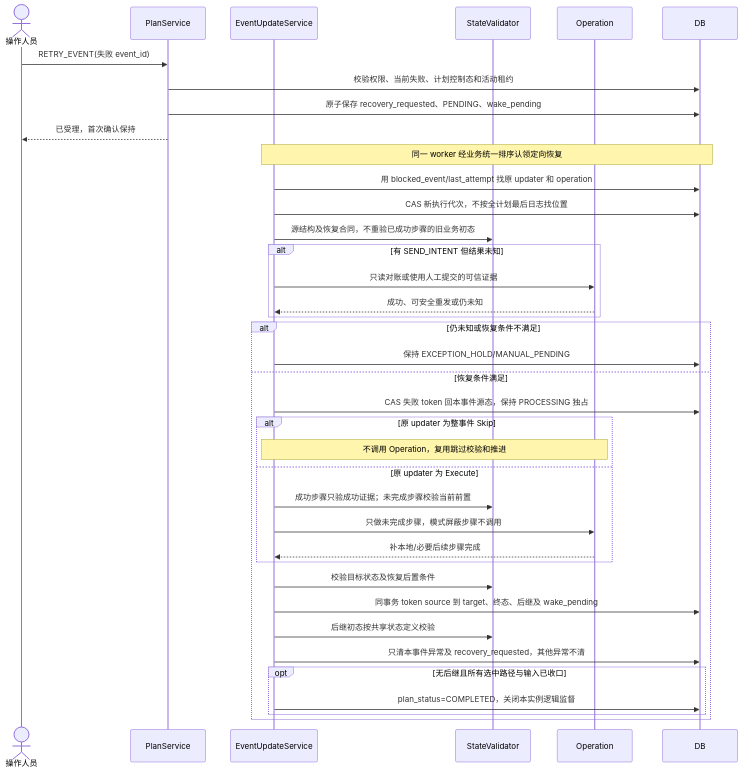
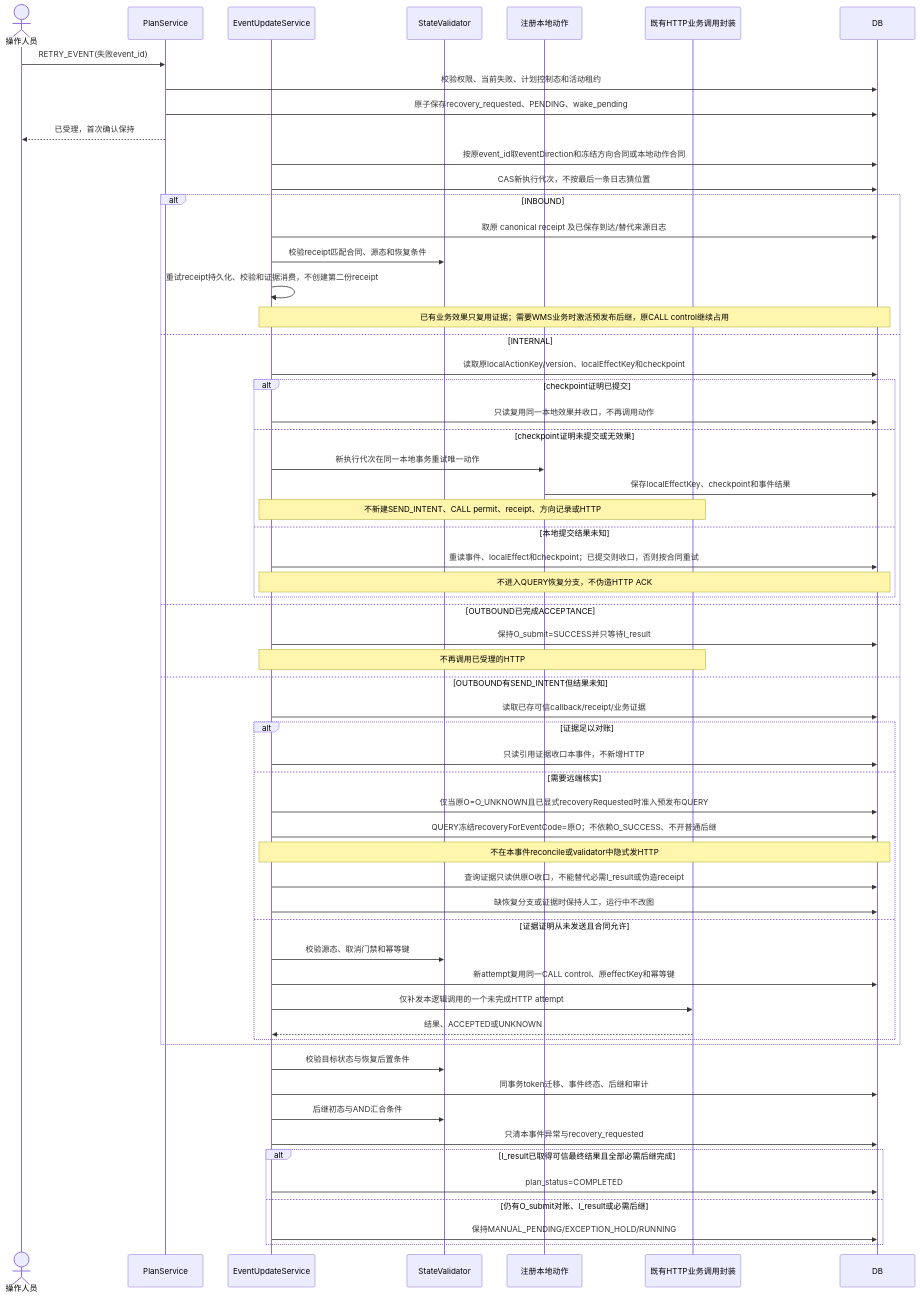
The tenth of 36 diagrams in docs/plan-event-state-machine-sequences.md (Yohmien/innolux-iws), drawn with Mermaid before and after one commit. The commit also changed other lines of this file and 3 other files, not shown here.

Commit message:
docs(plan-event): 更新状态机设计与实施计划

````diff
--- a/docs/plan-event-state-machine-sequences.md
+++ b/docs/plan-event-state-machine-sequences.md
@@ -335,40 +536,62 @@
 ```mermaid
 sequenceDiagram
   actor U as 操作人员
   participant P as PlanService
   participant E as EventUpdateService
   participant V as StateValidator
-  participant O as Operation
+  participant A as 注册本地动作
+  participant C as 既有HTTP业务调用封装
   participant D as DB
-  U->>P: RETRY_EVENT(失败 event_id)
+  U->>P: RETRY_EVENT(失败event_id)
   P->>D: 校验权限、当前失败、计划控制态和活动租约
-  P->>D: 原子保存 recovery_requested、PENDING、wake_pending
+  P->>D: 原子保存recovery_requested、PENDING、wake_pending
   P-->>U: 已受理，首次确认保持
-  Note over E,D: 同一 worker 经业务统一排序认领定向恢复
-  E->>D: 用 blocked_event/last_attempt 找原 updater 和 operation
-  E->>D: CAS 新执行代次，不按全计划最后日志找位置
-  E->>V: 源结构及恢复合同，不重验已成功步骤的旧业务初态
-  alt 有 SEND_INTENT 但结果未知
-    E->>O: 只读对账或使用人工提交的可信证据
-    O-->>E: 成功、可安全重发或仍未知
-  end
-  alt 仍未知或恢复条件不满足
-    E->>D: 保持 EXCEPTION_HOLD/MANUAL_PENDING
-  else 恢复条件满足
-    E->>D: CAS 失败 token 回本事件源态，保持 PROCESSING 独占
-    alt 原 updater 为整事件 Skip
-      Note over E,O: 不调用 Operation，复用跳过校验和推进
-    else 原 updater 为 Execute
-      E->>V: 成功步骤只验成功证据；未完成步骤校验当前前置
-      E->>O: 只做未完成步骤，模式屏蔽步骤不调用
-      O-->>E: 补本地/必要后续步骤完成
+  E->>D: 按原event_id取eventDirection和冻结方向合同或本地动作合同
+  E->>D: CAS新执行代次，不按最后一条日志猜位置
+  alt INBOUND
+    E->>D: 取原 canonical receipt 及已保存到达/替代来源日志
+    E->>V: 校验receipt匹配合同、源态和恢复条件
+    E->>E: 重试receipt持久化、校验和证据消费，不创建第二份receipt
+    Note over E,D: 已有业务效果只复用证据；需要WMS业务时激活预发布后继，原CALL control继续占用
+  else INTERNAL
+    E->>D: 读取原localActionKey/version、localEffectKey和checkpoint
+    alt checkpoint证明已提交
+      E->>D: 只读复用同一本地效果并收口，不再调用动作
+    else checkpoint证明未提交或无效果
+      E->>A: 新执行代次在同一本地事务重试唯一动作
+      A->>D: 保存localEffectKey、checkpoint和事件结果
+      Note over E,C: 不新建SEND_INTENT、CALL permit、receipt、方向记录或HTTP
+    else 本地提交结果未知
+      E->>D: 重读事件、localEffect和checkpoint；已提交则收口，否则按合同重试
+      Note over E,D: 不进入QUERY恢复分支，不伪造HTTP ACK
     end
-    E->>V: 校验目标状态及恢复后置条件
-    E->>D: 同事务 token source 到 target、终态、后继及 wake_pending
-    E->>V: 后继初态按共享状态定义校验
-    E->>D: 只清本事件异常及 recovery_requested，其他异常不清
-    opt 无后继且所有选中路径与输入已收口
-      E->>D: plan_status=COMPLETED，关闭本实例逻辑监督
+  else OUTBOUND已完成ACCEPTANCE
+    E->>D: 保持O_submit=SUCCESS并只等待I_result
+    Note over E,C: 不再调用已受理的HTTP
+  else OUTBOUND有SEND_INTENT但结果未知
+    E->>D: 读取已存可信callback/receipt/业务证据
+    alt 证据足以对账
+      E->>D: 只读引用证据收口本事件，不新增HTTP
+    else 需要远端核实
+      E->>D: 仅当原O=O_UNKNOWN且已显式recoveryRequested时准入预发布QUERY
+      E->>D: QUERY冻结recoveryForEventCode=原O；不依赖O_SUCCESS、不开普通后继
+      Note over E,D: 不在本事件reconcile或validator中隐式发HTTP
+      E->>D: 查询证据只读供原O收口，不能替代必需I_result或伪造receipt
+      E->>D: 缺恢复分支或证据时保持人工，运行中不改图
+    else 证据证明从未发送且合同允许
+      E->>V: 校验源态、取消门禁和幂等键
+      E->>D: 新attempt复用同一CALL control、原effectKey和幂等键
+      E->>C: 仅补发本逻辑调用的一个未完成HTTP attempt
+      C-->>E: 结果、ACCEPTED或UNKNOWN
     end
   end
+  E->>V: 校验目标状态与恢复后置条件
+  E->>D: 同事务token迁移、事件终态、后继和审计
+  E->>V: 后继初态与AND汇合条件
+  E->>D: 只清本事件异常与recovery_requested
+  alt I_result已取得可信最终结果且全部必需后继完成
+    E->>D: plan_status=COMPLETED
+  else 仍有O_submit对账、I_result或必需后继
+    E->>D: 保持MANUAL_PENDING/EXCEPTION_HOLD/RUNNING
+  end
 ```
````
